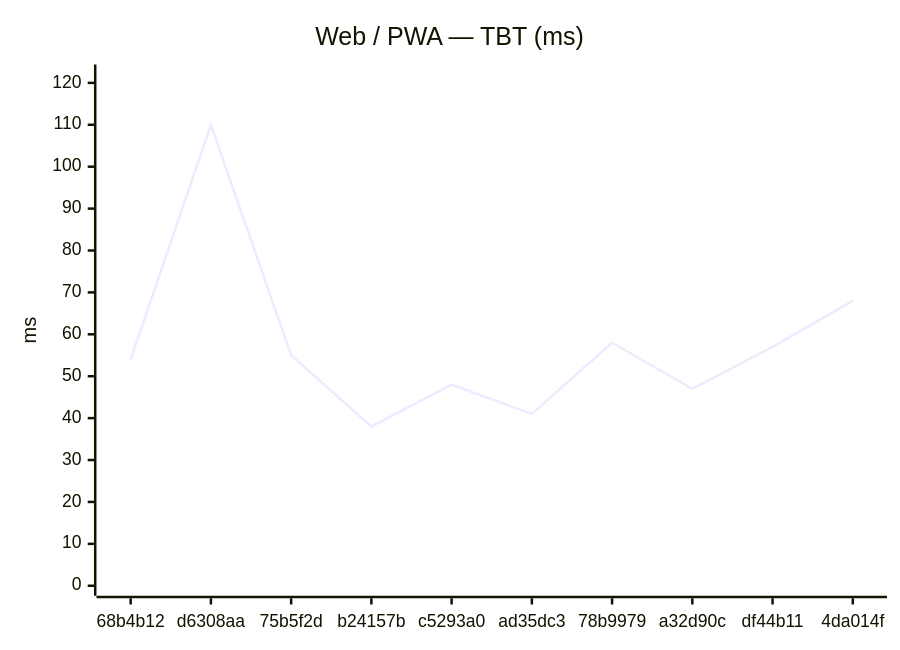
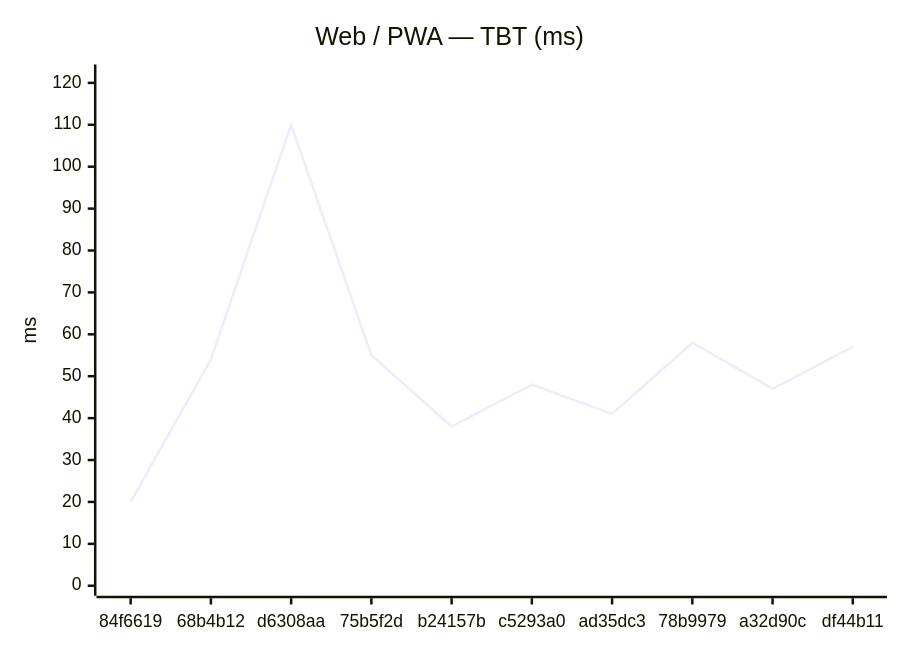
Before and after one commit to Metaheurist/Rianell: the second of 18 diagrams in benchmarks/compare.md, drawn with Mermaid. The commit also changed other lines of this file and 12 other files, not shown here.

````diff
--- a/benchmarks/compare.md
+++ b/benchmarks/compare.md
@@ -31,7 +31,7 @@
 ```mermaid
 xychart-beta
     title "Web / PWA — TBT (ms)"
-    x-axis ["68b4b12", "d6308aa", "75b5f2d", "b24157b", "c5293a0", "ad35dc3", "78b9979", "a32d90c", "df44b11", "4da014f"]
+    x-axis ["84f6619", "68b4b12", "d6308aa", "75b5f2d", "b24157b", "c5293a0", "ad35dc3", "78b9979", "a32d90c", "df44b11"]
     y-axis "ms" 0 --> 122
-    line [54, 110, 55, 38, 48, 41, 58, 47, 57, 68]
+    line [20, 54, 110, 55, 38, 48, 41, 58, 47, 57]
 ```
````
